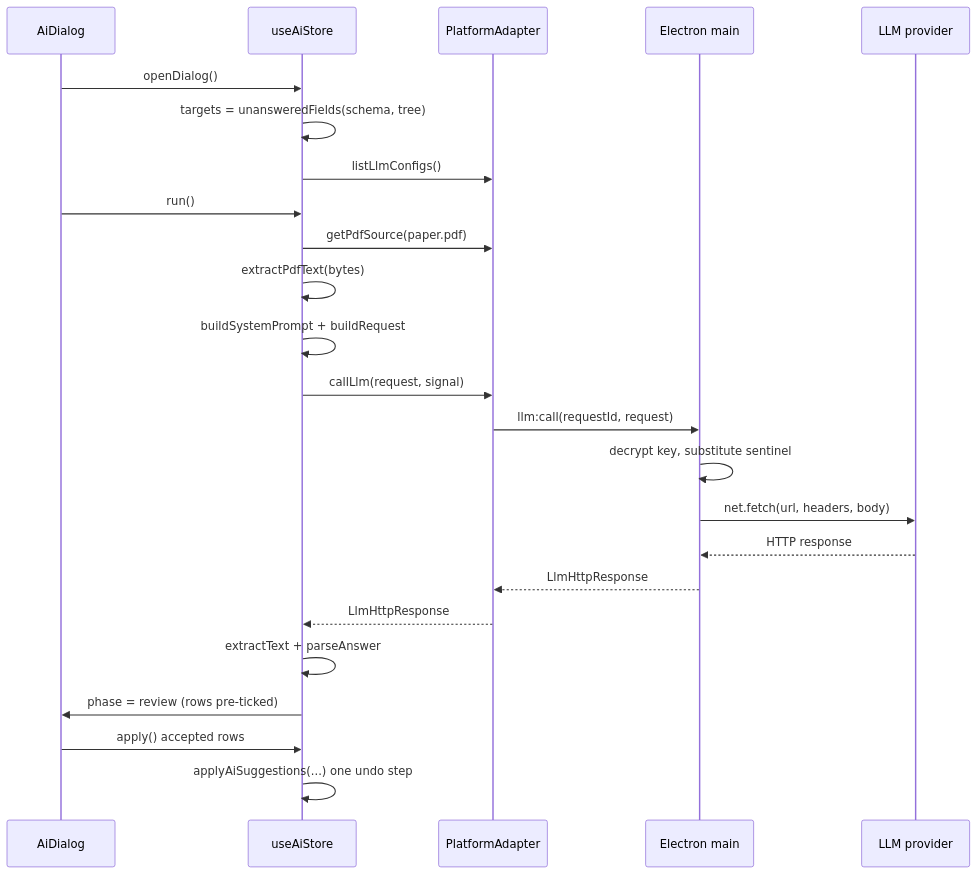
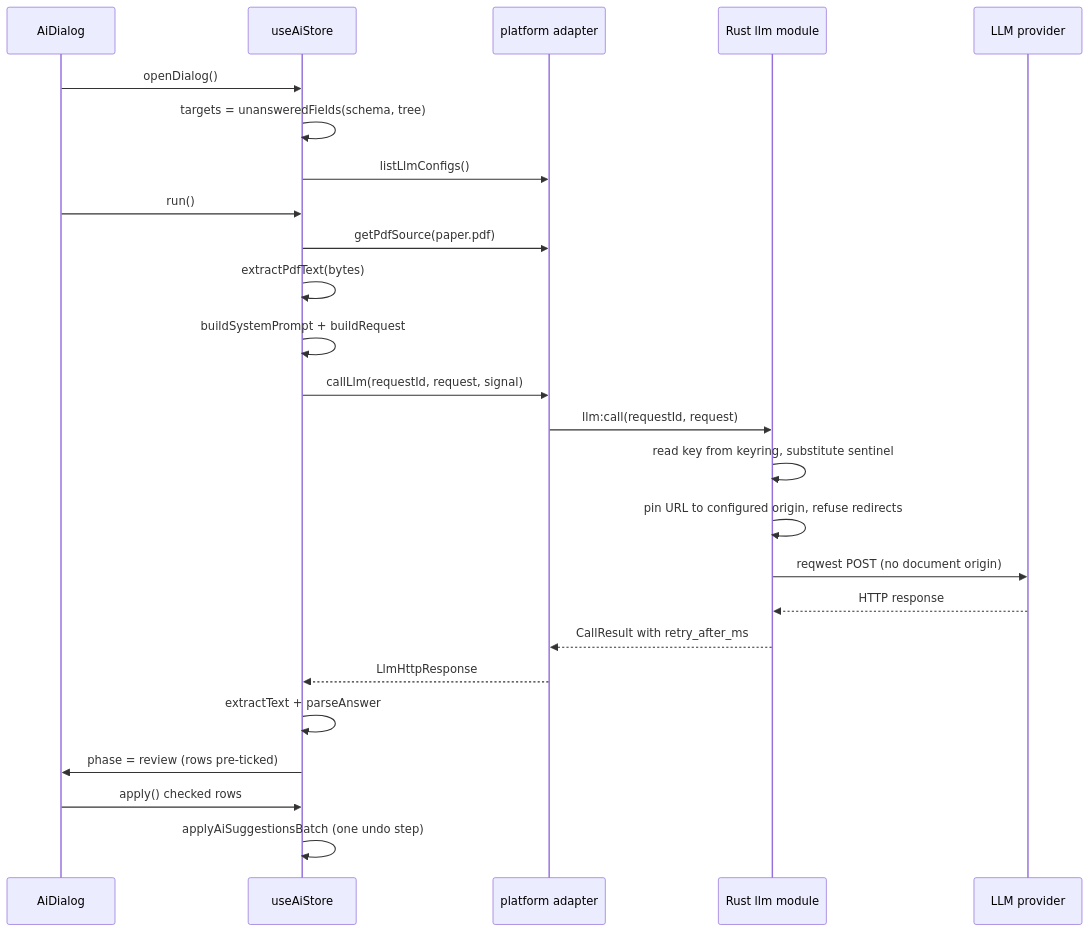
The second of 2 diagrams in openwiki/workflows/llm-annotation.md (Gram21/SaiLoR), drawn with Mermaid before and after one commit. The commit also changed other lines of this file and 33 other files, not shown here.

````diff
--- a/openwiki/workflows/llm-annotation.md
+++ b/openwiki/workflows/llm-annotation.md
@@ -92,26 +105,27 @@
 ```mermaid
 sequenceDiagram
   participant UI as AiDialog
   participant Store as useAiStore
-  participant Plat as PlatformAdapter
-  participant Main as Electron main
+  participant Plat as platform adapter
+  participant Shell as Rust llm module
   participant LLM as LLM provider
   UI->>Store: openDialog()
   Store->>Store: targets = unansweredFields(schema, tree)
   Store->>Plat: listLlmConfigs()
   UI->>Store: run()
   Store->>Plat: getPdfSource(paper.pdf)
   Store->>Store: extractPdfText(bytes)
   Store->>Store: buildSystemPrompt + buildRequest
-  Store->>Plat: callLlm(request, signal)
-  Plat->>Main: llm:call(requestId, request)
-  Main->>Main: decrypt key, substitute sentinel
-  Main->>LLM: net.fetch(url, headers, body)
-  LLM-->>Main: HTTP response
-  Main-->>Plat: LlmHttpResponse
+  Store->>Plat: callLlm(requestId, request, signal)
+  Plat->>Shell: llm:call(requestId, request)
+  Shell->>Shell: read key from keyring, substitute sentinel
+  Shell->>Shell: pin URL to configured origin, refuse redirects
+  Shell->>LLM: reqwest POST (no document origin)
+  LLM-->>Shell: HTTP response
+  Shell-->>Plat: CallResult with retry_after_ms
   Plat-->>Store: LlmHttpResponse
   Store->>Store: extractText + parseAnswer
   Store->>UI: phase = review (rows pre-ticked)
-  UI->>Store: apply() accepted rows
-  Store->>Store: applyAiSuggestions(...) one undo step
+  UI->>Store: apply() checked rows
+  Store->>Store: applyAiSuggestionsBatch (one undo step)
 ```
````
